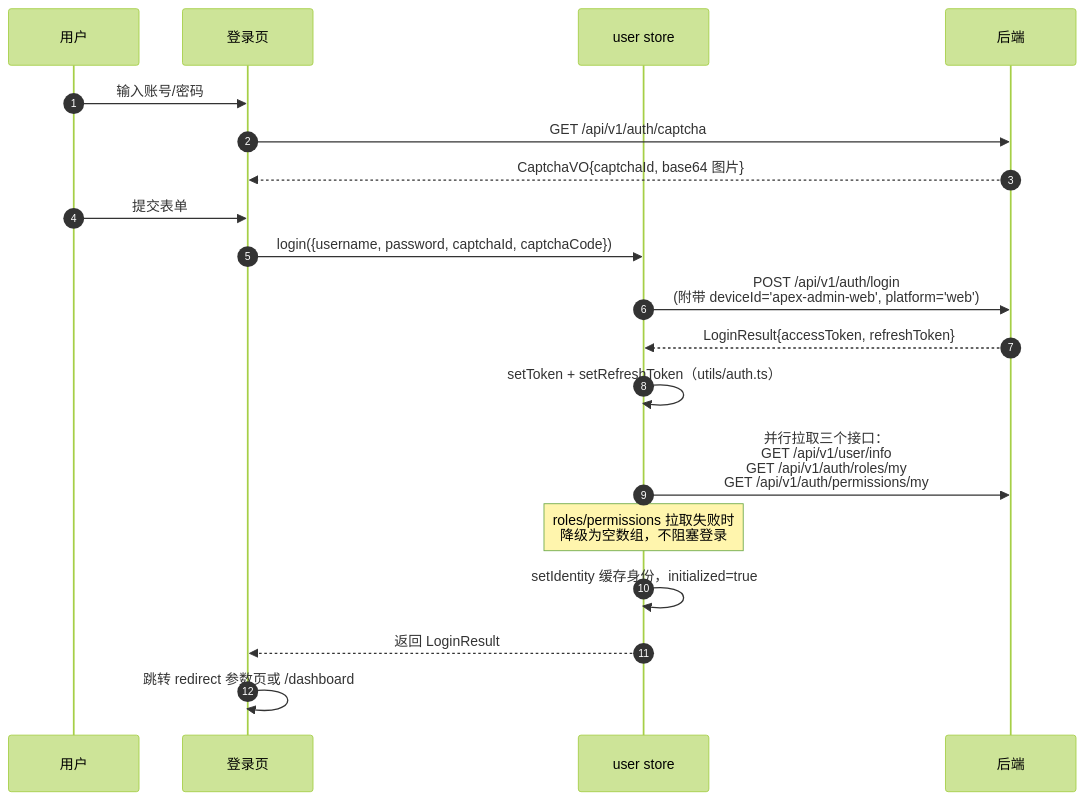
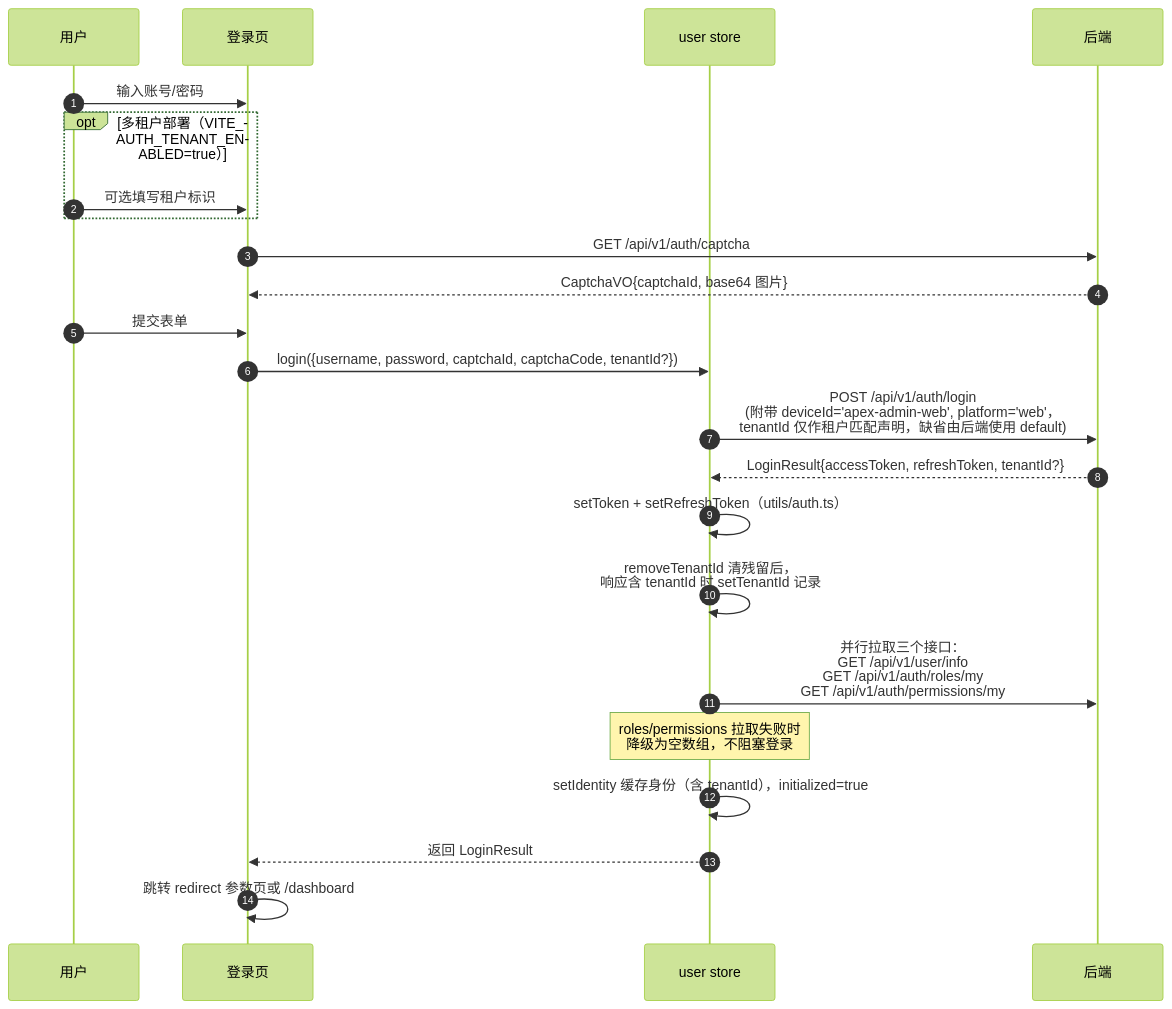
One commit to apex-cloud-service/apex-admin-web changed the first of 6 diagrams in docs/architecture/auth-and-routing.md. Above: the diagram before and after it, drawn with Mermaid (forest theme). The commit also changed other lines of this file and 55 other files, not shown here.

````diff
--- a/docs/architecture/auth-and-routing.md
+++ b/docs/architecture/auth-and-routing.md
@@ -23,22 +24,26 @@
 ```mermaid
 sequenceDiagram
     autonumber
     participant U as 用户
     participant L as 登录页
     participant S as user store
     participant B as 后端
 
     U->>L: 输入账号/密码
+    opt 多租户部署（VITE_AUTH_TENANT_ENABLED=true）
+        U->>L: 可选填写租户标识
+    end
     L->>B: GET /api/v1/auth/captcha
     B-->>L: CaptchaVO{captchaId, base64 图片}
     U->>L: 提交表单
-    L->>S: login({username, password, captchaId, captchaCode})
-    S->>B: POST /api/v1/auth/login<br/>(附带 deviceId='apex-admin-web', platform='web')
-    B-->>S: LoginResult{accessToken, refreshToken}
+    L->>S: login({username, password, captchaId, captchaCode, tenantId?})
+    S->>B: POST /api/v1/auth/login<br/>(附带 deviceId='apex-admin-web', platform='web'，<br/>tenantId 仅作租户匹配声明，缺省由后端使用 default)
+    B-->>S: LoginResult{accessToken, refreshToken, tenantId?}
     S->>S: setToken + setRefreshToken（utils/auth.ts）
+    S->>S: removeTenantId 清残留后，<br/>响应含 tenantId 时 setTenantId 记录
     S->>B: 并行拉取三个接口：<br/>GET /api/v1/user/info<br/>GET /api/v1/auth/roles/my<br/>GET /api/v1/auth/permissions/my
     Note over S: roles/permissions 拉取失败时<br/>降级为空数组，不阻塞登录
-    S->>S: setIdentity 缓存身份，initialized=true
+    S->>S: setIdentity 缓存身份（含 tenantId），initialized=true
     S-->>L: 返回 LoginResult
     L->>L: 跳转 redirect 参数页或 /dashboard
 ```
````
